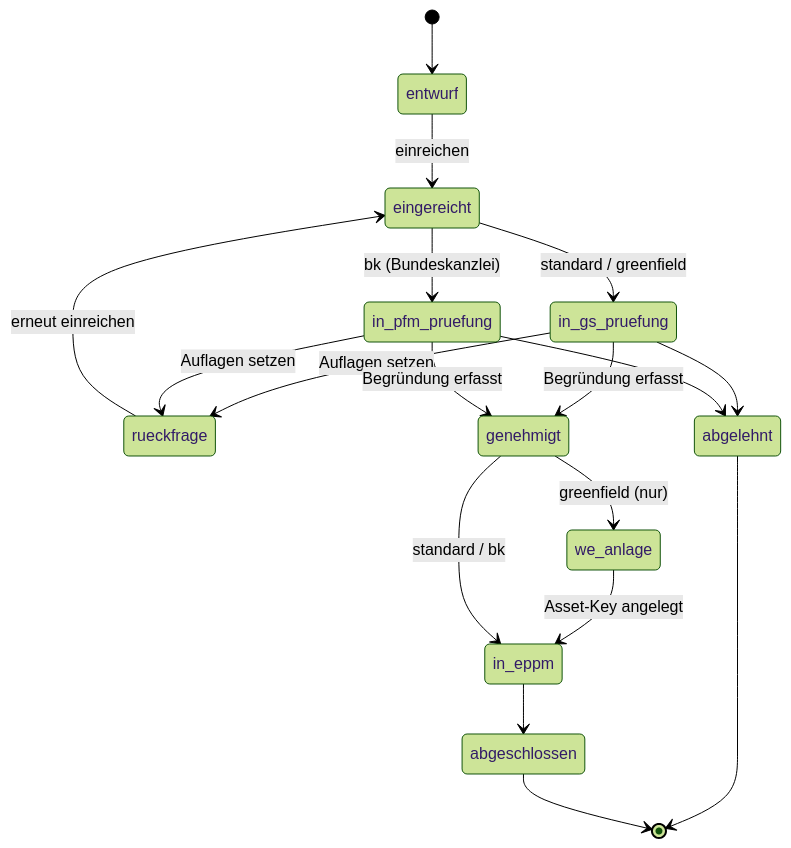
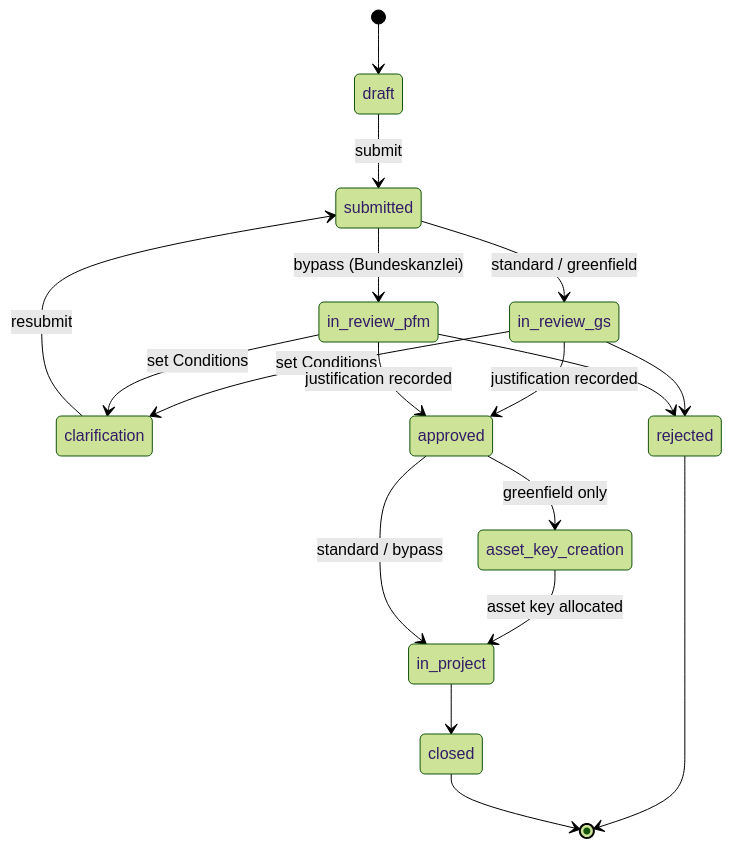
Before and after one commit to bbl-dres/tenant-portal: the second of 2 diagrams in docs/DATAMODEL.md, drawn with Mermaid (forest theme). The commit also changed other lines of this file, not shown here.

````diff
--- a/docs/DATAMODEL.md
+++ b/docs/DATAMODEL.md
@@ -284,20 +426,20 @@
 ```mermaid
 stateDiagram-v2
-    [*] --> entwurf
-    entwurf --> eingereicht : einreichen
-    eingereicht --> in_gs_pruefung : standard / greenfield
-    eingereicht --> in_pfm_pruefung : bk (Bundeskanzlei)
-    in_gs_pruefung --> rueckfrage : Auflagen setzen
-    in_pfm_pruefung --> rueckfrage : Auflagen setzen
-    rueckfrage --> eingereicht : erneut einreichen
-    in_gs_pruefung --> genehmigt : Begründung erfasst
-    in_pfm_pruefung --> genehmigt : Begründung erfasst
-    in_gs_pruefung --> abgelehnt
-    in_pfm_pruefung --> abgelehnt
-    genehmigt --> we_anlage : greenfield (nur)
-    we_anlage --> in_eppm : Asset-Key angelegt
-    genehmigt --> in_eppm : standard / bk
-    in_eppm --> abgeschlossen
-    abgelehnt --> [*]
-    abgeschlossen --> [*]
+    [*] --> draft
+    draft --> submitted : submit
+    submitted --> in_review_gs : standard / greenfield
+    submitted --> in_review_pfm : bypass (Bundeskanzlei)
+    in_review_gs --> clarification : set Conditions
+    in_review_pfm --> clarification : set Conditions
+    clarification --> submitted : resubmit
+    in_review_gs --> approved : justification recorded
+    in_review_pfm --> approved : justification recorded
+    in_review_gs --> rejected
+    in_review_pfm --> rejected
+    approved --> asset_key_creation : greenfield only
+    asset_key_creation --> in_project : asset key allocated
+    approved --> in_project : standard / bypass
+    in_project --> closed
+    rejected --> [*]
+    closed --> [*]
 ```
````
